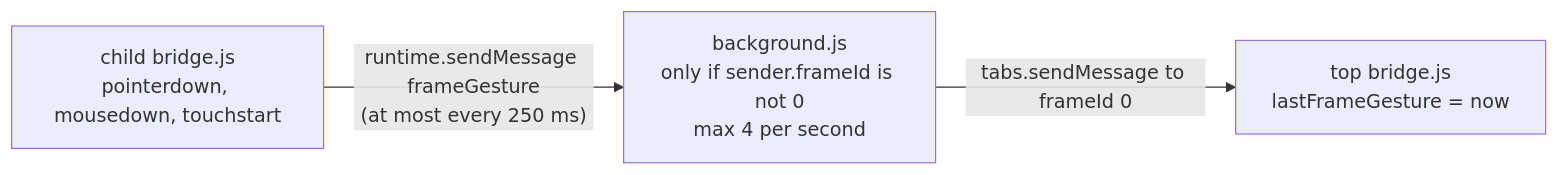
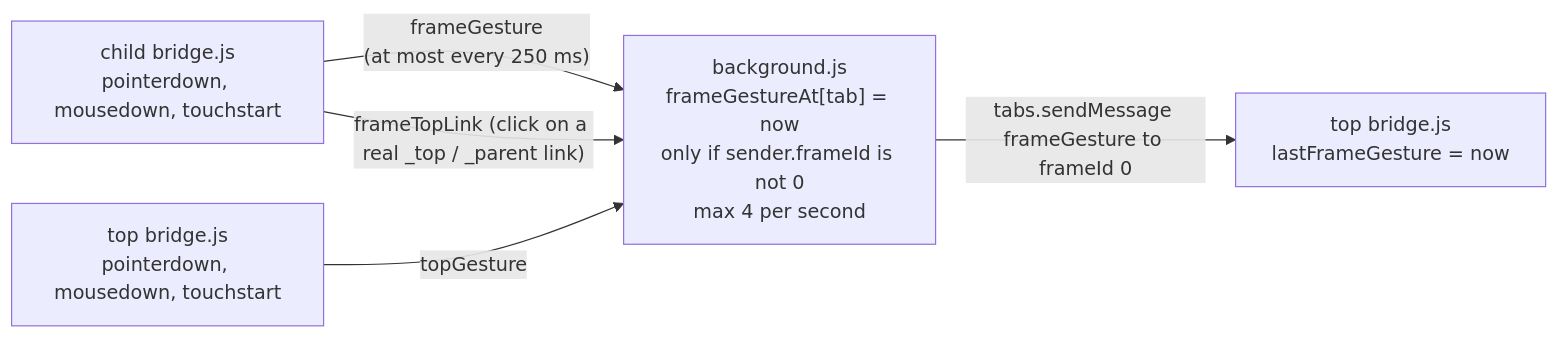
Before and after one commit to madironman/popshield: the third of 4 diagrams in docs/ARCHITECTURE.md, drawn with Mermaid. The commit also changed other lines of this file and 10 other files, not shown here.

Commit message:
Docs: frame takeovers are undone by the background; no leave-page prompt

````diff
--- a/docs/ARCHITECTURE.md
+++ b/docs/ARCHITECTURE.md
@@ -121,5 +121,7 @@
 ```mermaid
 flowchart LR
-    F["child bridge.js<br/>pointerdown, mousedown, touchstart"] -->|"runtime.sendMessage frameGesture<br/>(at most every 250 ms)"| BG["background.js<br/>only if sender.frameId is not 0<br/>max 4 per second"]
-    BG -->|"tabs.sendMessage to frameId 0"| TB["top bridge.js<br/>lastFrameGesture = now"]
+    F["child bridge.js<br/>pointerdown, mousedown, touchstart"] -->|"frameGesture<br/>(at most every 250 ms)"| BG["background.js<br/>frameGestureAt[tab] = now<br/>only if sender.frameId is not 0<br/>max 4 per second"]
+    F -->|"frameTopLink (click on a real _top / _parent link)"| BG
+    T["top bridge.js<br/>pointerdown, mousedown, touchstart"] -->|"topGesture"| BG
+    BG -->|"tabs.sendMessage frameGesture to frameId 0"| TB["top bridge.js<br/>lastFrameGesture = now"]
 ```
````
